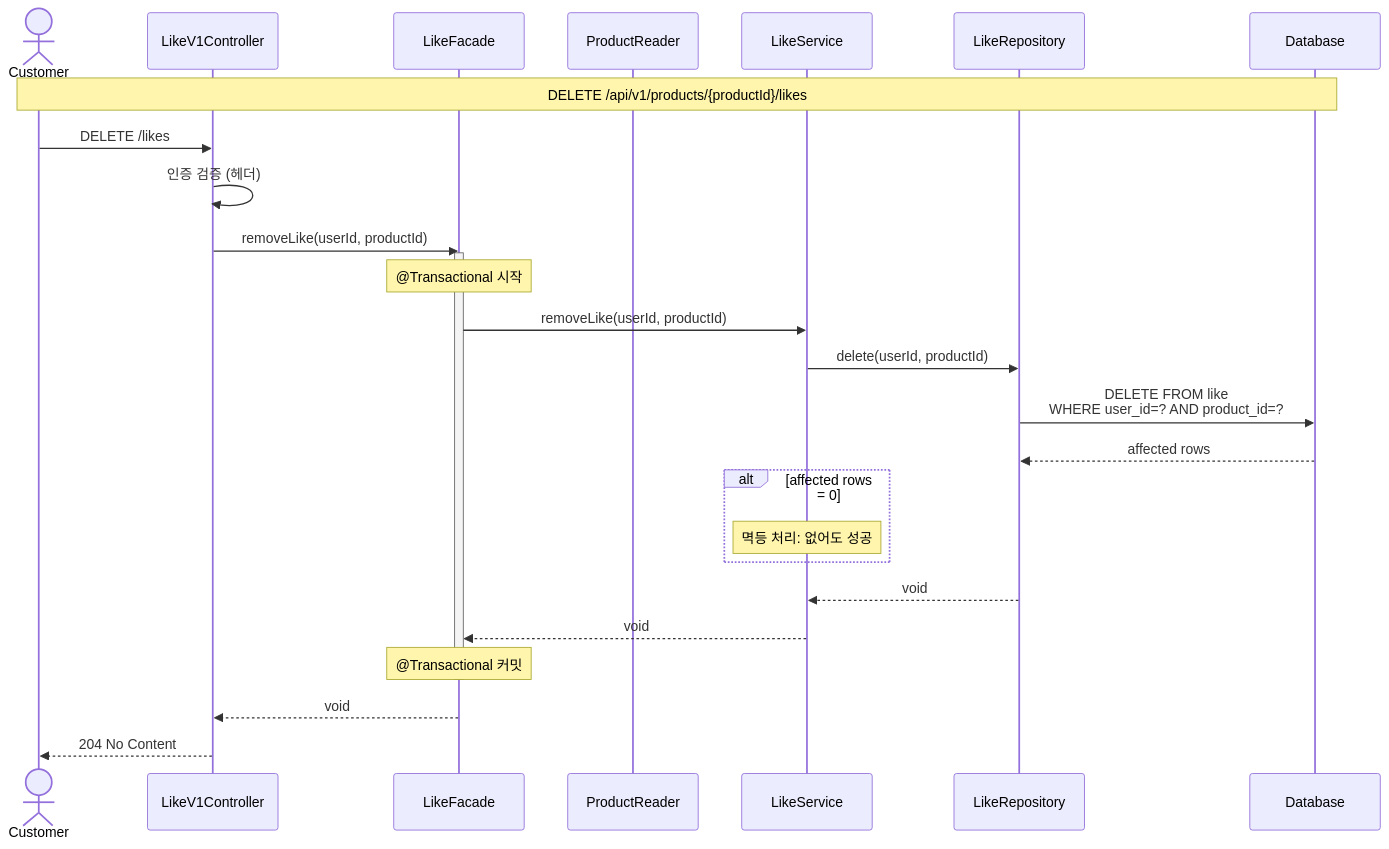
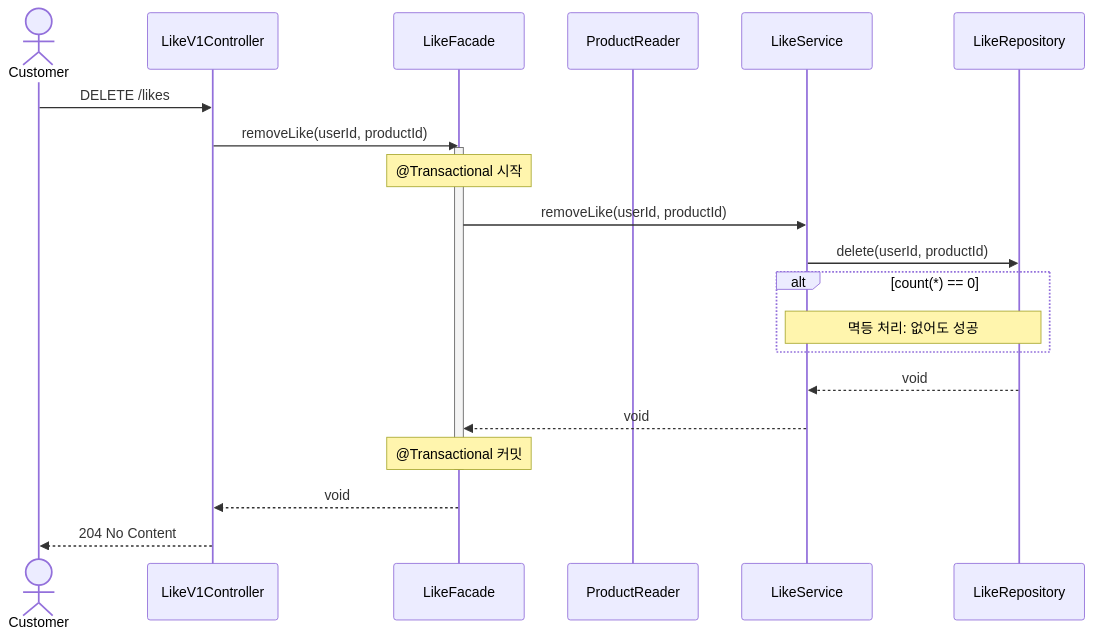
One commit to YoHanKi/loop-pack-be-l2-vol3-java changed the fourth of 5 diagrams in docs/design/02-sequence-diagrams.md. Above: the diagram before and after it, drawn with Mermaid. The commit also changed other lines of this file, not shown here.

Commit message:
docs(sequence-diagrams): 시퀀스 다이어그램을 명확하게 변경, 불필요한 플로우 삭제.

````diff
--- a/docs/design/02-sequence-diagrams.md
+++ b/docs/design/02-sequence-diagrams.md
@@ -250,39 +205,32 @@
 ```mermaid
 sequenceDiagram
     actor Customer
     participant Controller as LikeV1Controller
     participant Facade as LikeFacade
     participant ProductReader as ProductReader
     participant LikeService as LikeService
     participant LikeRepo as LikeRepository
-    participant DB as Database
-
-    %% 좋아요 취소
-    Note over Customer, DB: DELETE /api/v1/products/{productId}/likes
 
     Customer->>Controller: DELETE /likes
-    Controller->>Controller: 인증 검증 (헤더)
     Controller->>Facade: removeLike(userId, productId)
 
     activate Facade
     Note over Facade: @Transactional 시작
 
     %% 좋아요 삭제
     Facade->>LikeService: removeLike(userId, productId)
     LikeService->>LikeRepo: delete(userId, productId)
-    LikeRepo->>DB: DELETE FROM like<br/>WHERE user_id=? AND product_id=?
-    DB-->>LikeRepo: affected rows
 
-    alt affected rows = 0
-        Note over LikeService: 멱등 처리: 없어도 성공
+    alt count(*) == 0
+        Note over LikeService, LikeRepo: 멱등 처리: 없어도 성공
     end
 
     LikeRepo-->>LikeService: void
     LikeService-->>Facade: void
 
     Note over Facade: @Transactional 커밋
     deactivate Facade
 
     Facade-->>Controller: void
     Controller-->>Customer: 204 No Content
 ```
````
